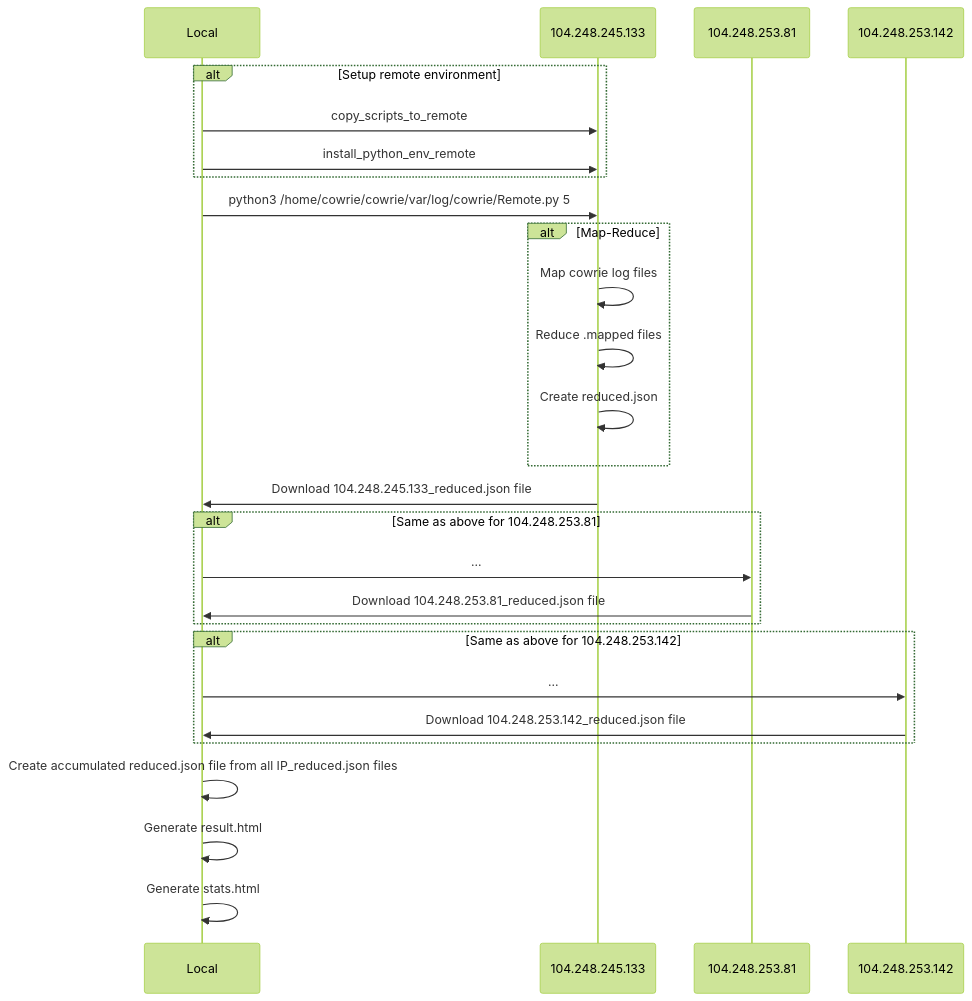
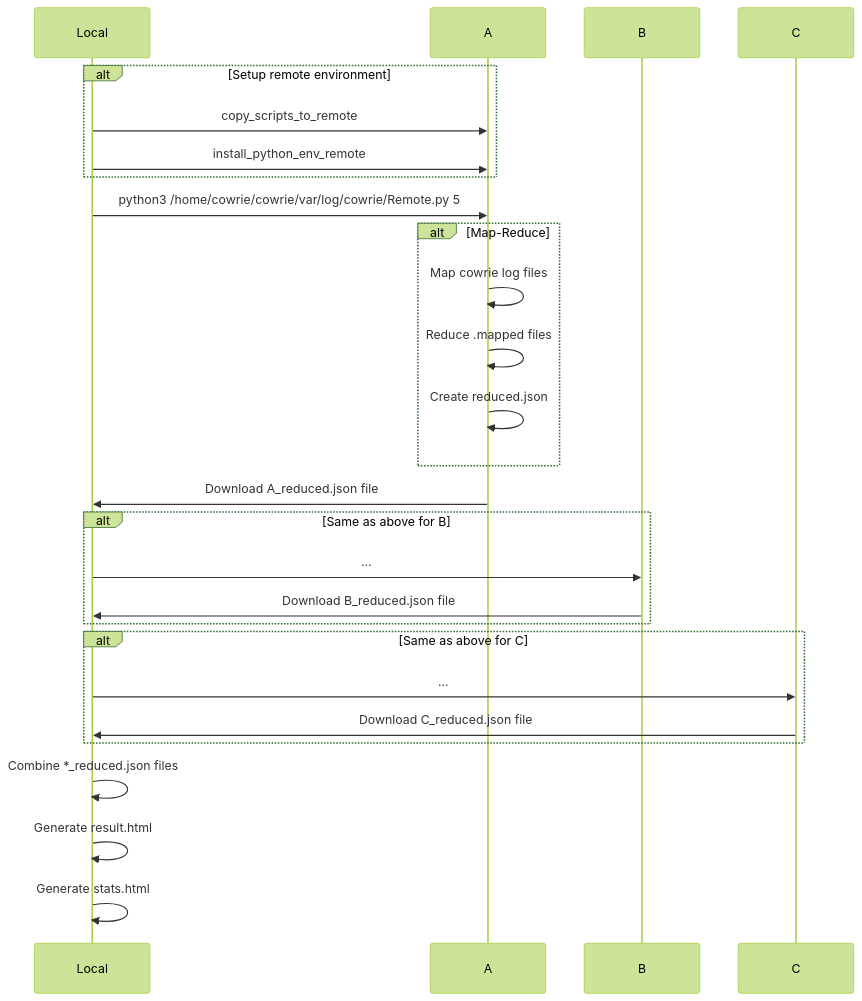
One commit to deroux/longitudinal-analysis-cowrie changed the second of 10 diagrams in README.md. Above: the diagram before and after it, drawn with Mermaid (forest theme).

````diff
--- a/README.md
+++ b/README.md
@@ -118,30 +118,30 @@
 ```mermaid
     %% analyze-remote sequence diagram
       sequenceDiagram
         alt Setup remote environment
-        Local->>104.248.245.133: copy_scripts_to_remote
-        Local->>104.248.245.133: install_python_env_remote
+        Local->>A: copy_scripts_to_remote
+        Local->>A: install_python_env_remote
         end
-        Local->>104.248.245.133: python3 /home/cowrie/cowrie/var/log/cowrie/Remote.py 5
+        Local->>A: python3 /home/cowrie/cowrie/var/log/cowrie/Remote.py 5
         alt Map-Reduce
-        104.248.245.133->>104.248.245.133: Map cowrie log files
-        104.248.245.133->>104.248.245.133: Reduce .mapped files
-        104.248.245.133->>104.248.245.133: Create reduced.json        
+        A->>A: Map cowrie log files
+        A->>A: Reduce .mapped files
+        A->>A: Create reduced.json        
         end
-        104.248.245.133->>Local: Download 104.248.245.133_reduced.json file        
+        A->>Local: Download A_reduced.json file        
         
-        alt Same as above for 104.248.253.81
-        Local->>104.248.253.81: ...
-        104.248.253.81->>Local: Download 104.248.253.81_reduced.json file        
+        alt Same as above for B
+        Local->>B: ...
+        B->>Local: Download B_reduced.json file        
         end 
         
-        alt Same as above for 104.248.253.142
-        Local->>104.248.253.142: ...
-        104.248.253.142->>Local: Download 104.248.253.142_reduced.json file        
+        alt Same as above for C
+        Local->>C: ...
+        C->>Local: Download C_reduced.json file        
         end 
         
          
-        Local->>Local: Create accumulated reduced.json file from all IP_reduced.json files
+        Local->>Local: Combine *_reduced.json files
         Local->>Local: Generate result.html        
         Local->>Local: Generate stats.html
 ```
````
